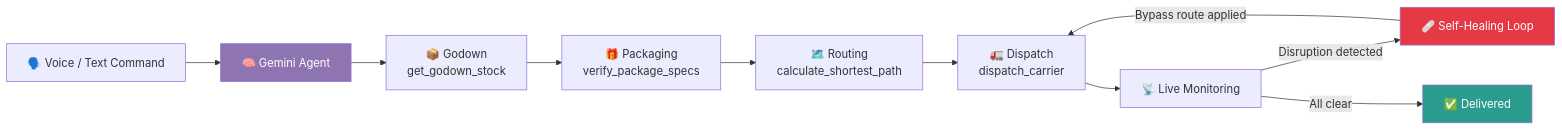
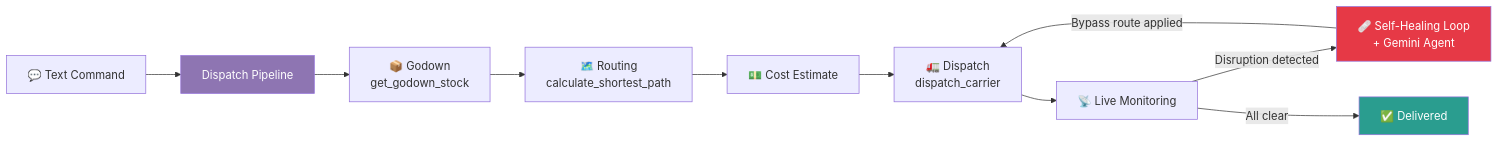
One commit to vicky-510/A2V-Logistics changed the first of 5 diagrams in README.md. Above: the diagram before and after it, drawn with Mermaid. The commit also changed other lines of this file, not shown here.

First line of the commit message:
Fix README architecture diagrams and reference tables to match the real build

````diff
--- a/README.md
+++ b/README.md
@@ -103,16 +104,16 @@
 ```mermaid
 flowchart LR
-    A["🗣️ Voice / Text Command"] --> B["🧠 Gemini Agent"]
+    A["💬 Text Command"] --> B["Dispatch Pipeline"]
     B --> C["📦 Godown<br/>get_godown_stock"]
-    C --> D["🎁 Packaging<br/>verify_package_specs"]
-    D --> E["🗺️ Routing<br/>calculate_shortest_path"]
+    C --> D["🗺️ Routing<br/>calculate_shortest_path"]
+    D --> E["💵 Cost Estimate"]
     E --> F["🚛 Dispatch<br/>dispatch_carrier"]
     F --> G["📡 Live Monitoring"]
-    G -->|Disruption detected| H["🩹 Self-Healing Loop"]
+    G -->|Disruption detected| H["🩹 Self-Healing Loop<br/>+ Gemini Agent"]
     H -->|Bypass route applied| F
     G -->|All clear| I["✅ Delivered"]
 
     style B fill:#8E75B2,color:#fff
     style H fill:#e63946,color:#fff
     style I fill:#2a9d8f,color:#fff
 ```
````
